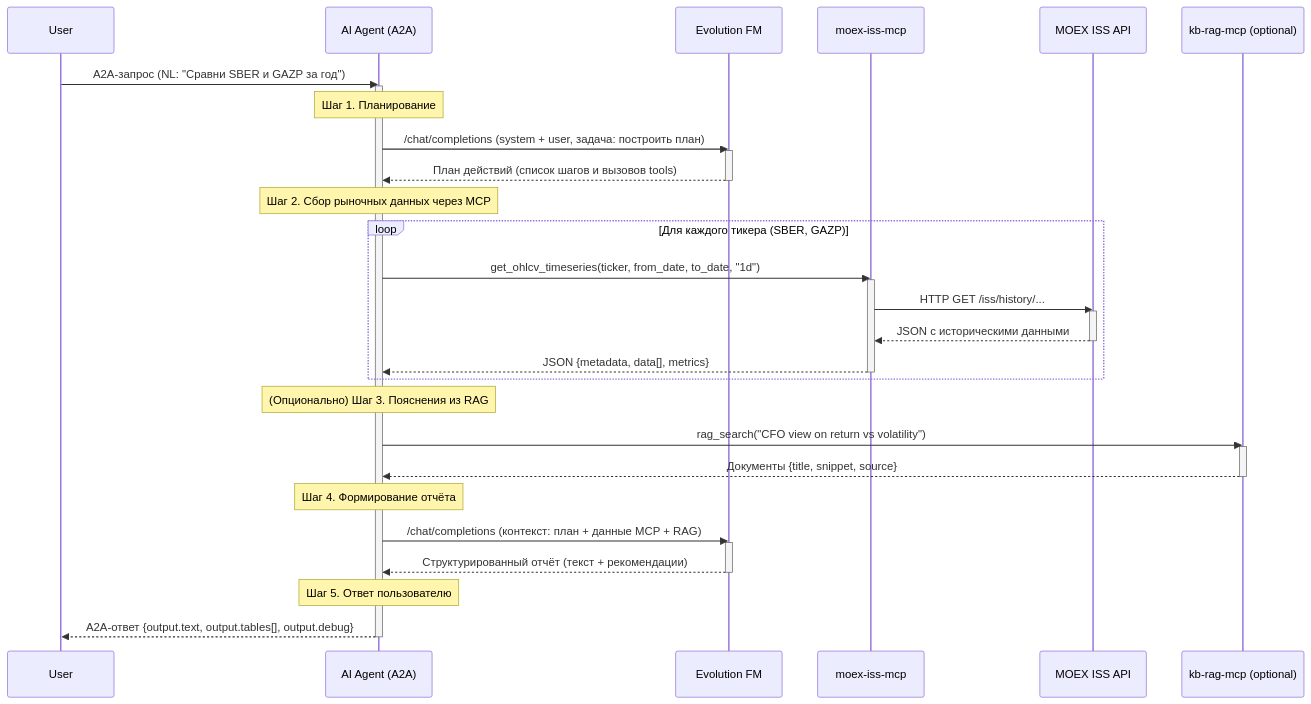
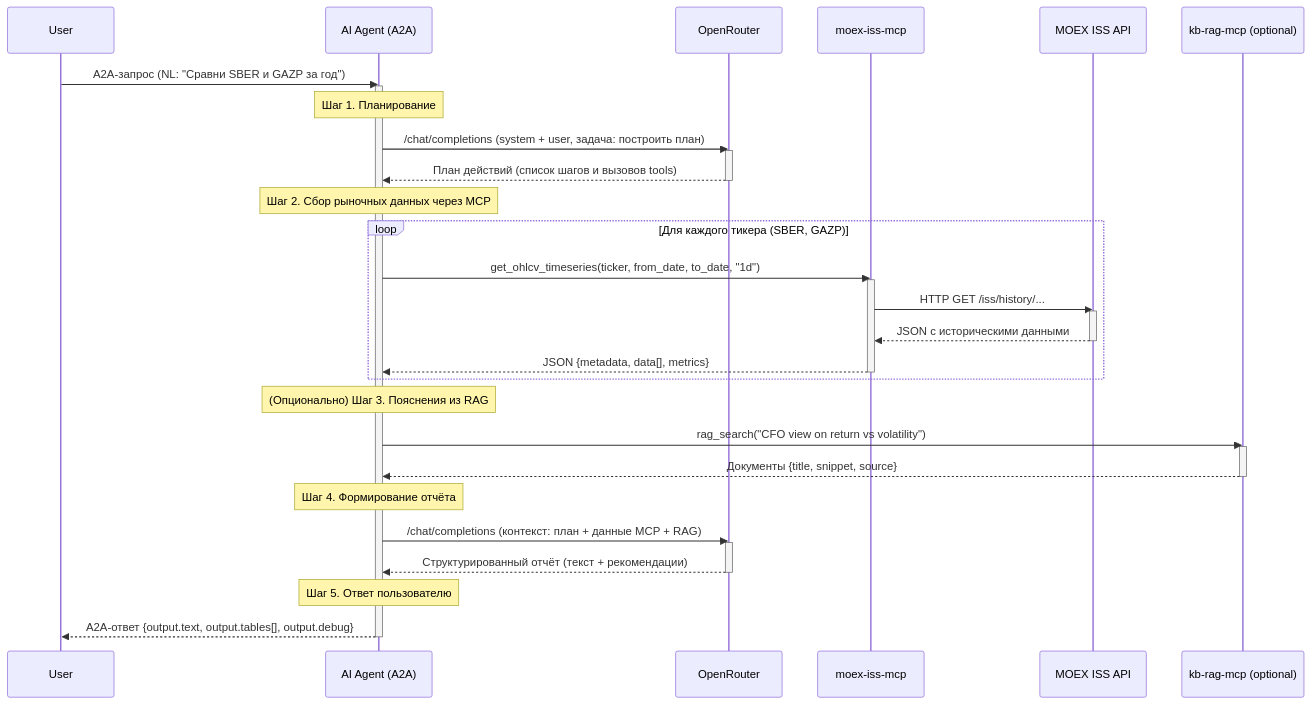
The second of 4 diagrams in docs/ARCHITECTURE.md (trustmycode/MOEX-Agent-MCP), drawn with Mermaid before and after one commit. The commit also changed other lines of this file and 37 other files, not shown here.

First line of the commit message:
feat: перенести агента на OpenRouter

````diff
--- a/docs/ARCHITECTURE.md
+++ b/docs/ARCHITECTURE.md
@@ -399,46 +391,46 @@
 ```mermaid
 sequenceDiagram
     participant U as User
     participant A as AI Agent (A2A)
-    participant FM as Evolution FM
+    participant FM as OpenRouter
     participant MCP1 as moex-iss-mcp
     participant ISS as MOEX ISS API
     participant MCP2 as kb-rag-mcp (optional)
 
     U->>A: A2A-запрос (NL: "Сравни SBER и GAZP за год")
     activate A
 
     Note over A: Шаг 1. Планирование
     A->>FM: /chat/completions (system + user, задача: построить план)
     activate FM
     FM-->>A: План действий (список шагов и вызовов tools)
     deactivate FM
 
     Note over A: Шаг 2. Сбор рыночных данных через MCP
     loop Для каждого тикера (SBER, GAZP)
         A->>MCP1: get_ohlcv_timeseries(ticker, from_date, to_date, "1d")
         activate MCP1
         MCP1->>ISS: HTTP GET /iss/history/...
         activate ISS
         ISS-->>MCP1: JSON с историческими данными
         deactivate ISS
         MCP1-->>A: JSON {metadata, data[], metrics}
         deactivate MCP1
     end
 
     Note over A: (Опционально) Шаг 3. Пояснения из RAG
     A->>MCP2: rag_search("CFO view on return vs volatility")
     activate MCP2
     MCP2-->>A: Документы {title, snippet, source}
     deactivate MCP2
 
     Note over A: Шаг 4. Формирование отчёта
     A->>FM: /chat/completions (контекст: план + данные MCP + RAG)
     activate FM
     FM-->>A: Структурированный отчёт (текст + рекомендации)
     deactivate FM
 
     Note over A: Шаг 5. Ответ пользователю
     A-->>U: A2A-ответ {output.text, output.tables[], output.debug}
     deactivate A
 ```
````
